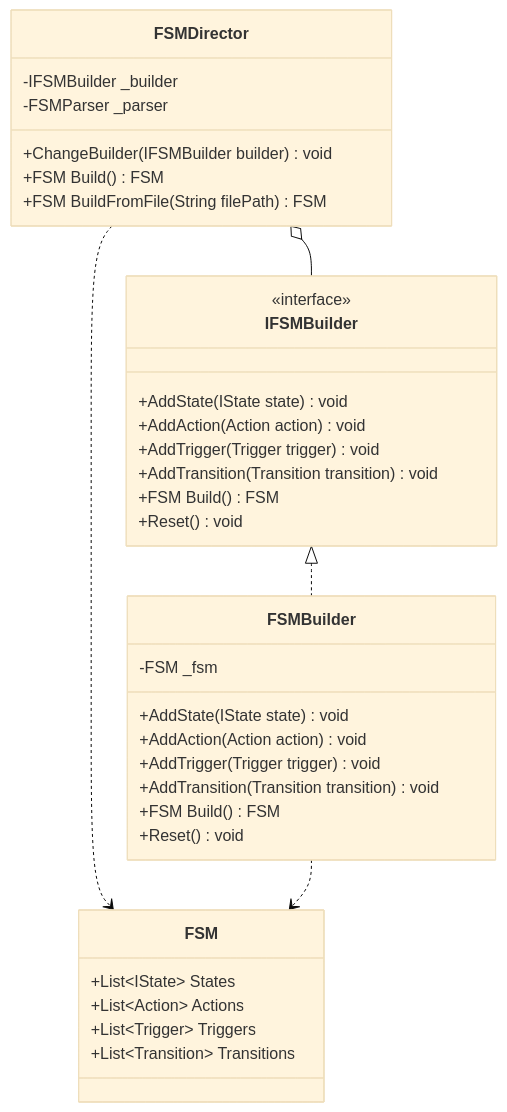
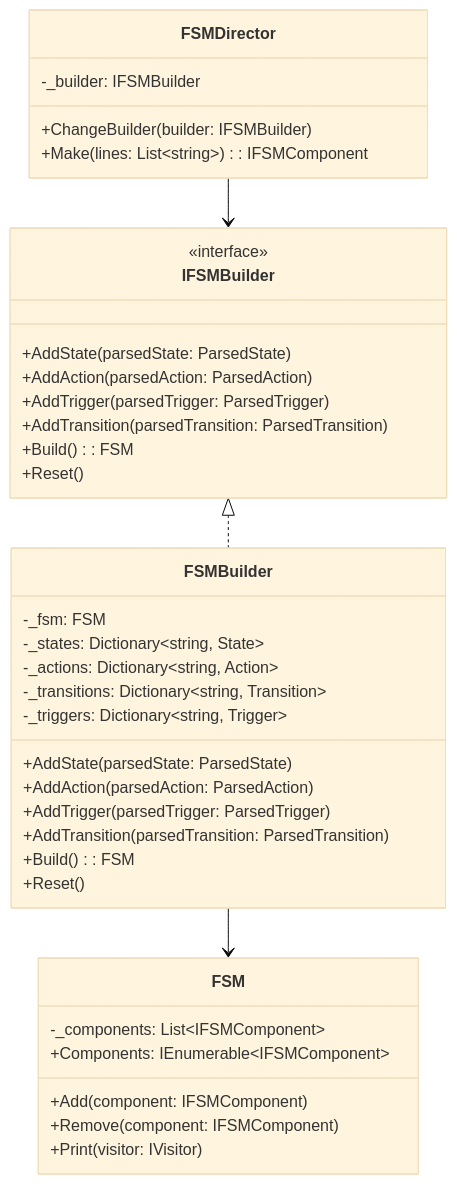
One commit to Barthol1/Avans-DPAT-2425 changed the second of 6 diagrams in README.md. Above: the diagram before and after it, drawn with Mermaid (base theme). The commit also changed other lines of this file and 8 other files, not shown here.

Commit message:
Remove unused validators and clean up code in FSMBuilder and FSMDirector. Update visitor output formatting for better readability. Adjust tests to reflect changes in validation logic.

````diff
--- a/README.md
+++ b/README.md
@@ -235,42 +187,44 @@
 ```mermaid
 classDiagram
     class IFSMBuilder {
         <<interface>>
-        +AddState(IState state) void
-        +AddAction(Action action) void
-        +AddTrigger(Trigger trigger) void
-        +AddTransition(Transition transition) void
-        +FSM Build() FSM
-        +Reset() void
+        +AddState(parsedState: ParsedState)
+        +AddAction(parsedAction: ParsedAction)
+        +AddTrigger(parsedTrigger: ParsedTrigger)
+        +AddTransition(parsedTransition: ParsedTransition)
+        +Build(): FSM
+        +Reset()
     }
-    
+
     class FSMBuilder {
-        -FSM _fsm
-        +AddState(IState state) void
-        +AddAction(Action action) void
-        +AddTrigger(Trigger trigger) void
-        +AddTransition(Transition transition) void
-        +FSM Build() FSM
-        +Reset() void
+        -_fsm: FSM
+        -_states: Dictionary~string, State~
+        -_actions: Dictionary~string, Action~
+        -_transitions: Dictionary~string, Transition~
+        -_triggers: Dictionary~string, Trigger~
+        +AddState(parsedState: ParsedState)
+        +AddAction(parsedAction: ParsedAction)
+        +AddTrigger(parsedTrigger: ParsedTrigger)
+        +AddTransition(parsedTransition: ParsedTransition)
+        +Build(): FSM
+        +Reset()
     }
-    
+
     class FSMDirector {
-        -IFSMBuilder _builder
-        -FSMParser _parser
-        +ChangeBuilder(IFSMBuilder builder) void
-        +FSM Build() FSM
-        +FSM BuildFromFile(String filePath) FSM
+        -_builder: IFSMBuilder
+        +ChangeBuilder(builder: IFSMBuilder)
+        +Make(lines: List~string~): IFSMComponent
     }
-    
+
     class FSM {
-        +List~IState~ States
-        +List~Action~ Actions
-        +List~Trigger~ Triggers
-        +List~Transition~ Transitions
+        -_components: List~IFSMComponent~
+        +Components: IEnumerable~IFSMComponent~
+        +Add(component: IFSMComponent)
+        +Remove(component: IFSMComponent)
+        +Print(visitor: IVisitor)
     }
-    
+
     IFSMBuilder <|.. FSMBuilder
-    FSMDirector o-- IFSMBuilder
-    FSMDirector ..> FSM
-    FSMBuilder ..> FSM
+    FSMDirector --> IFSMBuilder
+    FSMBuilder --> FSM
 ```
````
